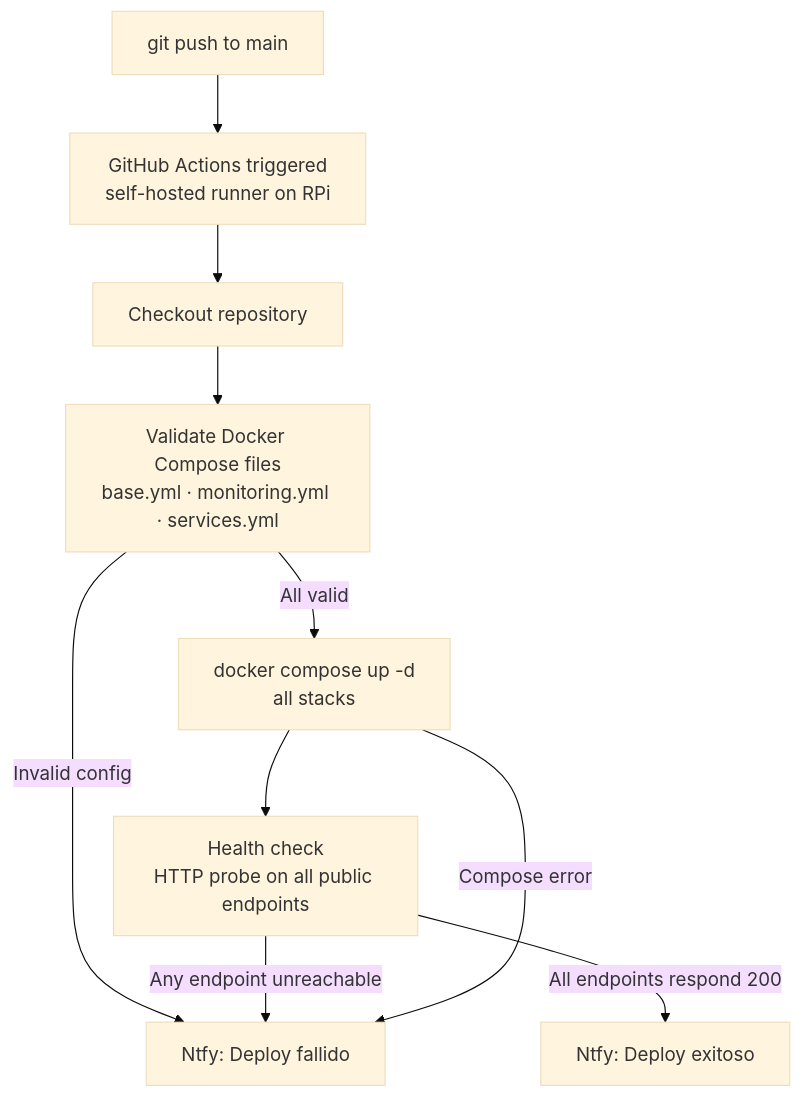
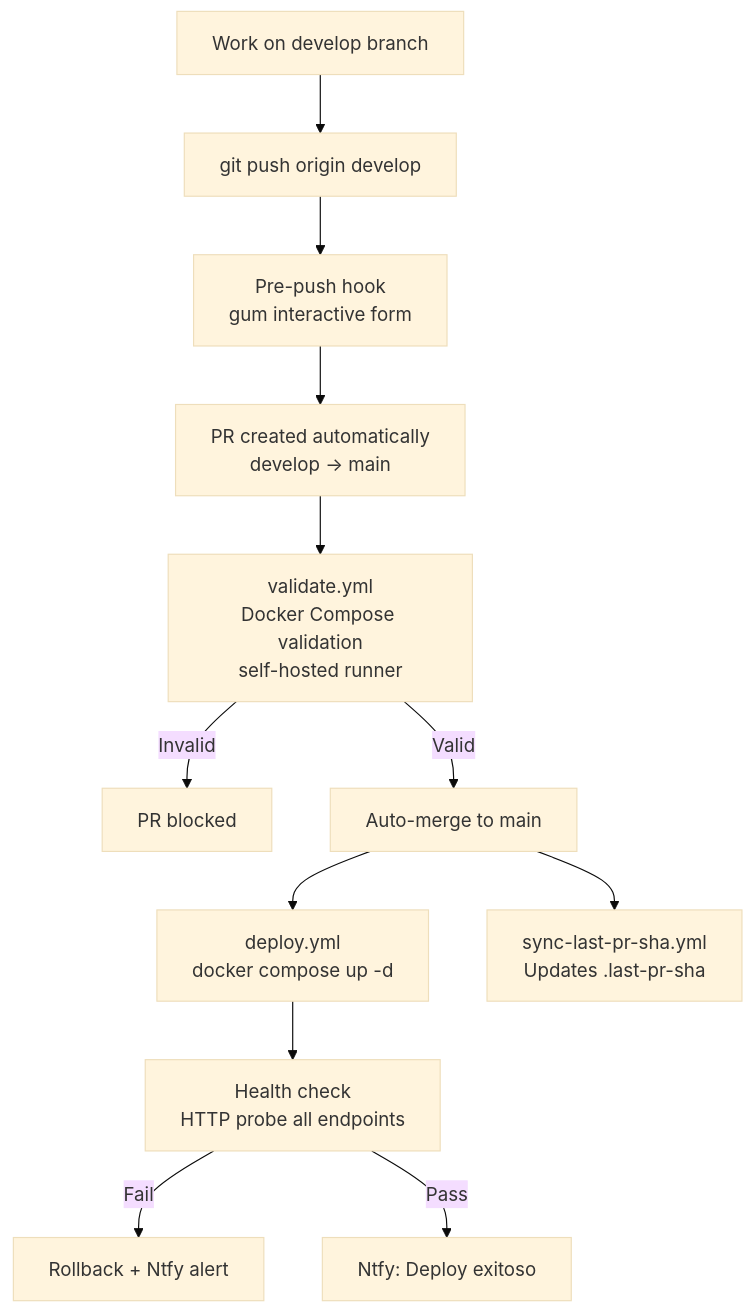
The seventh of 7 diagrams in README.md (HuguitoH/Homelab), drawn with Mermaid (base theme) before and after one commit. The commit also changed other lines of this file and 1 other file, not shown here.

````diff
--- a/README.md
+++ b/README.md
@@ -334,12 +373,14 @@
 ```mermaid
 flowchart TD
-    Push["git push to main"] --> Trigger["GitHub Actions triggered\nself-hosted runner on RPi"]
-    Trigger --> Checkout["Checkout repository"]
-    Checkout --> Validate["Validate Docker Compose files\nbase.yml · monitoring.yml · services.yml"]
-    Validate -->|"Invalid config"| FailNotify["Ntfy: Deploy fallido"]
-    Validate -->|"All valid"| Deploy["docker compose up -d\nall stacks"]
-    Deploy --> Health["Health check\nHTTP probe on all public endpoints"]
-    Health -->|"Any endpoint unreachable"| FailNotify
-    Health -->|"All endpoints respond 200"| SuccessNotify["Ntfy: Deploy exitoso"]
-    Deploy -->|"Compose error"| FailNotify
+    Dev["Work on develop branch"] --> Push["git push origin develop"]
+    Push --> Hook["Pre-push hook\ngum interactive form"]
+    Hook --> PR["PR created automatically\ndevelop → main"]
+    PR --> Validate["validate.yml\nDocker Compose validation\nself-hosted runner"]
+    Validate -->|"Invalid"| Blocked["PR blocked"]
+    Validate -->|"Valid"| Merge["Auto-merge to main"]
+    Merge --> Deploy["deploy.yml\ndocker compose up -d"]
+    Deploy --> Health["Health check\nHTTP probe all endpoints"]
+    Health -->|"Fail"| Rollback["Rollback + Ntfy alert"]
+    Health -->|"Pass"| Notify["Ntfy: Deploy exitoso"]
+    Merge --> SyncSHA["sync-last-pr-sha.yml\nUpdates .last-pr-sha"]
 ```
````
